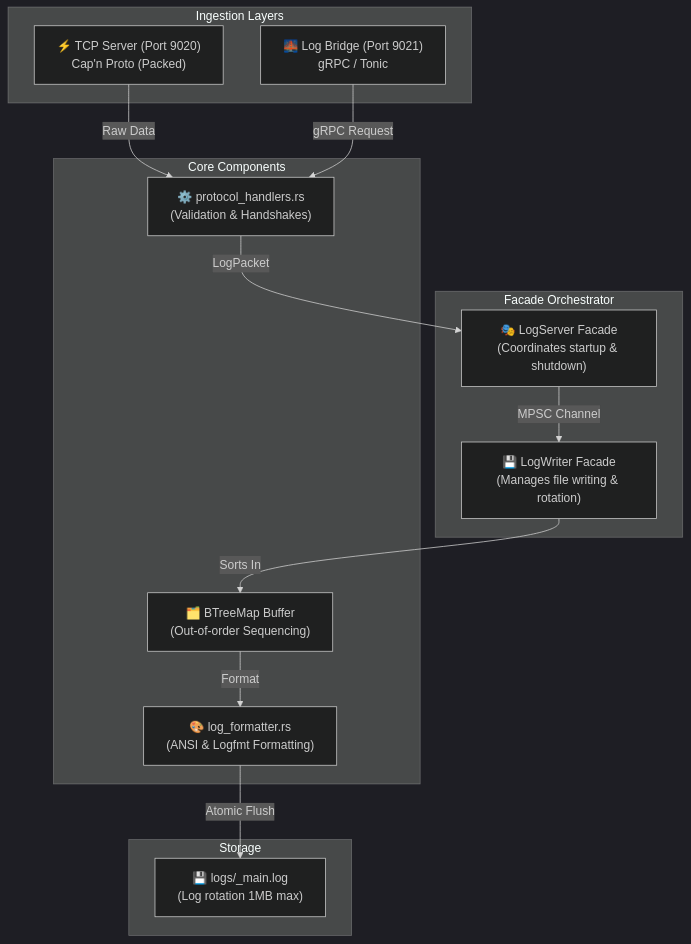
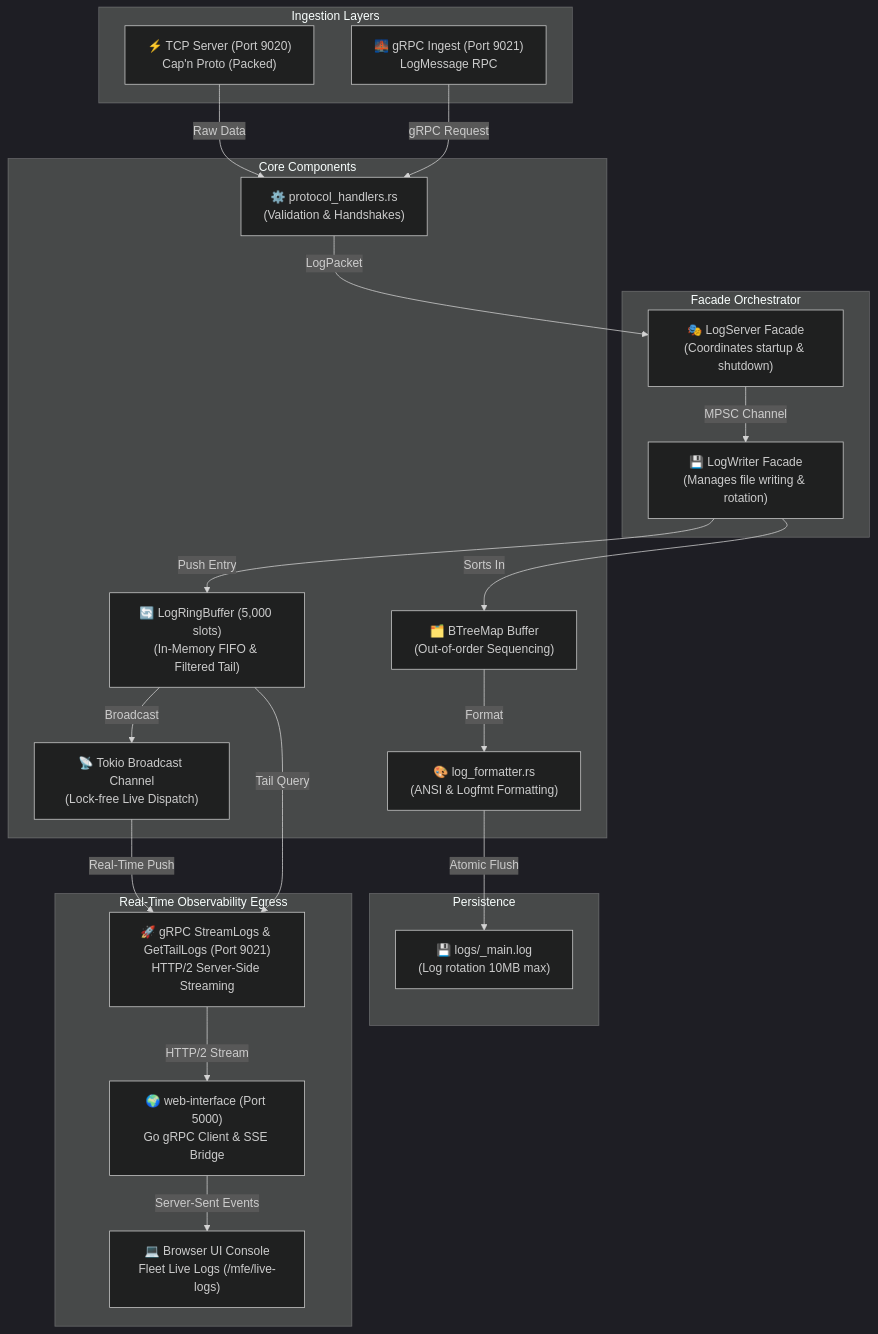
One commit to Bastien-Antigravity/log-server changed the diagram in quick-overview/Architecture-Overview.md. Above: the diagram before and after it, drawn with Mermaid (dark theme). The commit also changed other lines of this file and 33 other files, not shown here.

Commit message:
feat: add real-time log streaming and in-memory ring buffer for live observability

````diff
--- a/quick-overview/Architecture-Overview.md
+++ b/quick-overview/Architecture-Overview.md
@@ -22,30 +22,45 @@
 ```mermaid
 graph TD
     subgraph "Ingestion Layers"
         TCP["⚡ TCP Server (Port 9020)<br/>Cap'n Proto (Packed)"]
-        GRPC["🌉 Log Bridge (Port 9021)<br/>gRPC / Tonic"]
+        GRPC_IN["🌉 gRPC Ingest (Port 9021)<br/>LogMessage RPC"]
     end
 
     subgraph "Facade Orchestrator"
         LS["🎭 LogServer Facade<br/>(Coordinates startup & shutdown)"]
         LW["💾 LogWriter Facade<br/>(Manages file writing & rotation)"]
     end
 
     subgraph "Core Components"
         PH["⚙️ protocol_handlers.rs<br/>(Validation & Handshakes)"]
         LF["🎨 log_formatter.rs<br/>(ANSI & Logfmt Formatting)"]
         BT["🗂️ BTreeMap Buffer<br/>(Out-of-order Sequencing)"]
+        RB["🔄 LogRingBuffer (5,000 slots)<br/>(In-Memory FIFO & Filtered Tail)"]
+        BC["📡 Tokio Broadcast Channel<br/>(Lock-free Live Dispatch)"]
     end
 
-    subgraph "Storage"
-        FS["💾 logs/_main.log<br/>(Log rotation 1MB max)"]
+    subgraph "Persistence"
+        FS["💾 logs/_main.log<br/>(Log rotation 10MB max)"]
+    end
+
+    subgraph "Real-Time Observability Egress"
+        GRPC_OUT["🚀 gRPC StreamLogs & GetTailLogs (Port 9021)<br/>HTTP/2 Server-Side Streaming"]
+        WI["🌍 web-interface (Port 5000)<br/>Go gRPC Client & SSE Bridge"]
+        UI["💻 Browser UI Console<br/>Fleet Live Logs (/mfe/live-logs)"]
     end
 
     TCP -->|Raw Data| PH
-    GRPC -->|gRPC Request| PH
+    GRPC_IN -->|gRPC Request| PH
     PH -->|LogPacket| LS
     LS -->|MPSC Channel| LW
     LW -->|Sorts In| BT
+    LW -->|Push Entry| RB
+    RB -->|Broadcast| BC
     BT -->|Format| LF
     LF -->|Atomic Flush| FS
+
+    BC -->|Real-Time Push| GRPC_OUT
+    RB -->|Tail Query| GRPC_OUT
+    GRPC_OUT -->|HTTP/2 Stream| WI
+    WI -->|Server-Sent Events| UI
 ```
````
